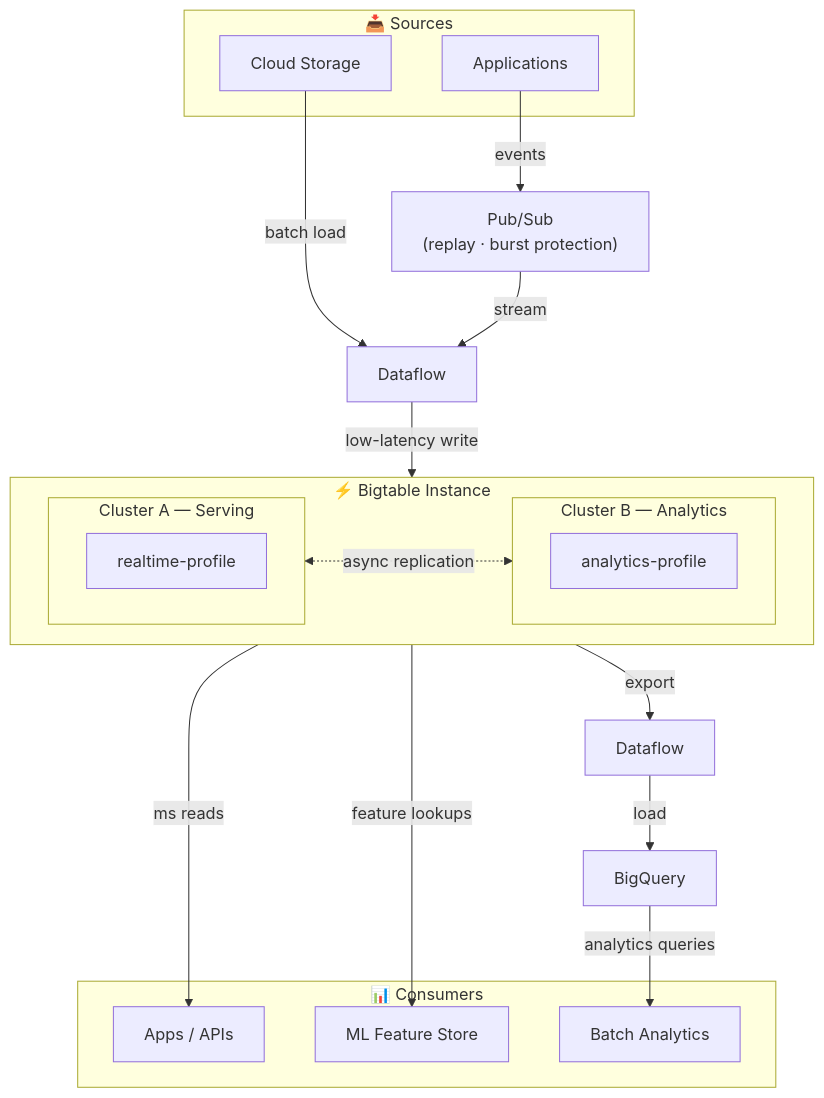
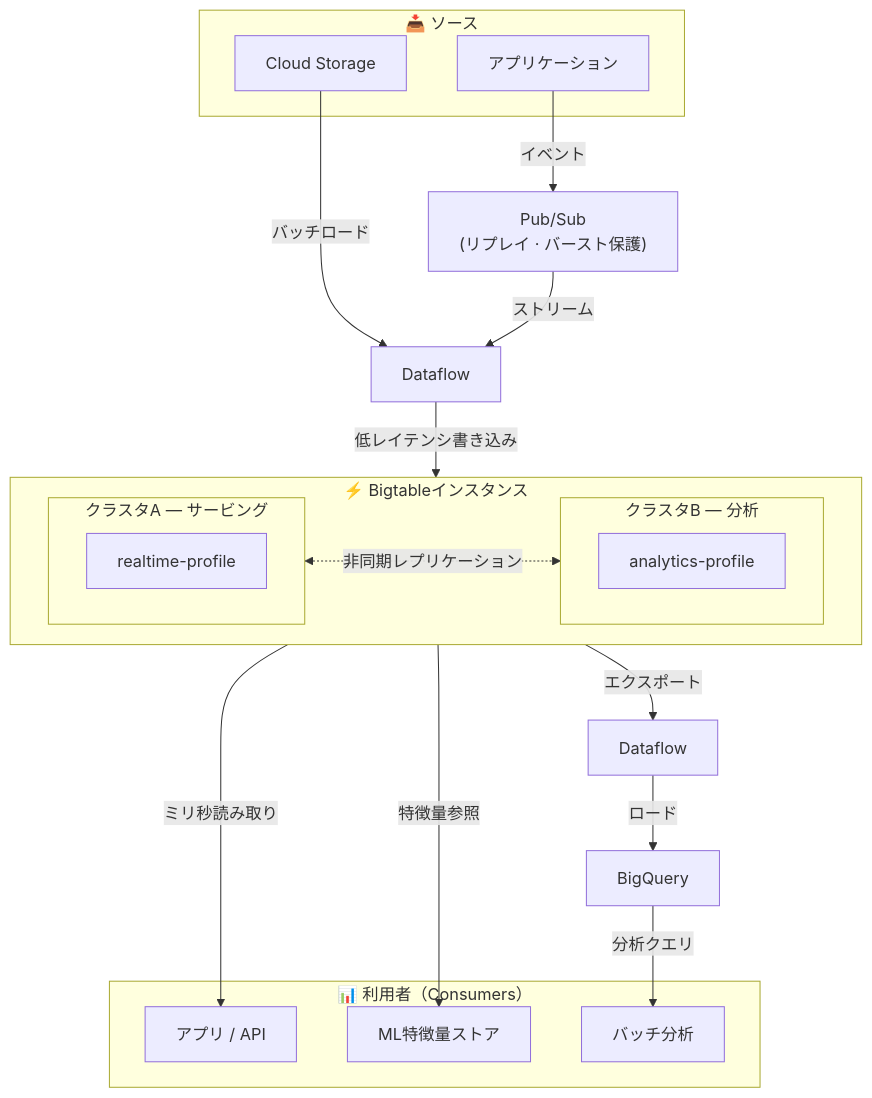
Before and after one commit to Maskish86/gcp-pde-exam-guide-ja: the second of 2 diagrams in content/OperationalDBs/Bigtable.md, drawn with Mermaid. The commit also changed other lines of this file and 30 other files, not shown here.

````diff
--- a/content/OperationalDBs/Bigtable.md
+++ b/content/OperationalDBs/Bigtable.md
@@ -139,46 +139,46 @@
 ```mermaid
 flowchart TB
 
-subgraph SRC["📥 Sources"]
-    APP[Applications]
+subgraph SRC["📥 ソース"]
+    APP[アプリケーション]
     GCS[Cloud Storage]
 end
 
-PS["Pub/Sub<br/>(replay · burst protection)"]
+PS["Pub/Sub<br/>(リプレイ · バースト保護)"]
 DFI[Dataflow]
 
-subgraph BT["⚡ Bigtable Instance"]
+subgraph BT["⚡ Bigtableインスタンス"]
     direction LR
-    subgraph CA["Cluster A — Serving"]
+    subgraph CA["クラスタA — サービング"]
         AP1[realtime-profile]
     end
-    subgraph CB["Cluster B — Analytics"]
+    subgraph CB["クラスタB — 分析"]
         AP2[analytics-profile]
     end
-    CA <-.->|async replication| CB
+    CA <-.->|非同期レプリケーション| CB
 end
 
 DFE[Dataflow]
 BQ[BigQuery]
 
-subgraph OUT["📊 Consumers"]
-    C1[Apps / APIs]
-    C3[ML Feature Store]
-    C2[Batch Analytics]
+subgraph OUT["📊 利用者（Consumers）"]
+    C1[アプリ / API]
+    C3[ML特徴量ストア]
+    C2[バッチ分析]
 end
 
 %% Ingest — applications buffer through Pub/Sub
-APP -->|events| PS
-GCS -->|batch load| DFI
-PS -->|stream| DFI
-DFI -->|low-latency write| AP1
+APP -->|イベント| PS
+GCS -->|バッチロード| DFI
+PS -->|ストリーム| DFI
+DFI -->|低レイテンシ書き込み| AP1
 
 %% Serving
-AP1 -->|ms reads| C1
-AP1 -->|feature lookups| C3
+AP1 -->|ミリ秒読み取り| C1
+AP1 -->|特徴量参照| C3
 
-%% Analytics export — Bigtable is not for large scans
-AP2 -->|export| DFE
-DFE -->|load| BQ
-BQ -->|analytics queries| C2
+%% Analytics export — Bigtableは大規模スキャン用途ではない
+AP2 -->|エクスポート| DFE
+DFE -->|ロード| BQ
+BQ -->|分析クエリ| C2
 ```
````
